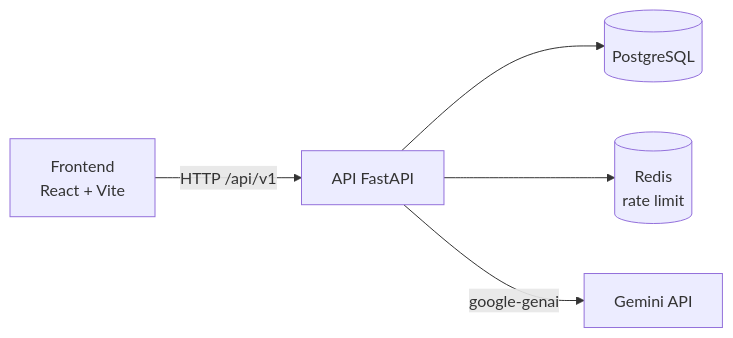
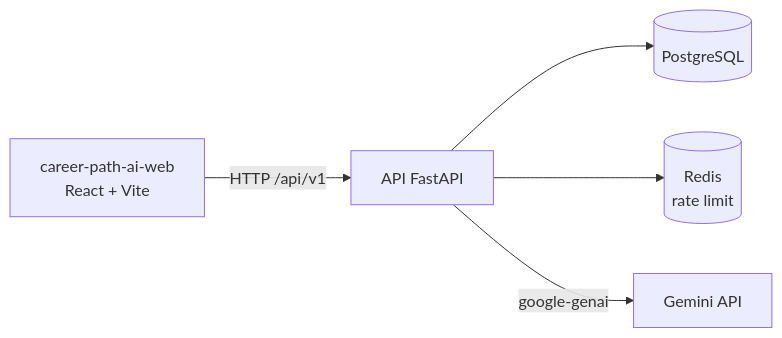
The diagram in README.md (William-SWS/career-path-ai-api), drawn with Mermaid before and after one commit. The commit also changed other lines of this file and 15 other files, not shown here.

````diff
--- a/README.md
+++ b/README.md
@@ -15,7 +17,7 @@
 ```mermaid
 flowchart LR
-    FE["Frontend<br/>React + Vite"] -->|"HTTP /api/v1"| API["API FastAPI"]
+    FE["career-path-ai-web<br/>React + Vite"] -->|"HTTP /api/v1"| API["API FastAPI"]
     API --> PG[("PostgreSQL")]
     API --> RD[("Redis<br/>rate limit")]
     API -->|"google-genai"| GM["Gemini API"]
 ```
````
